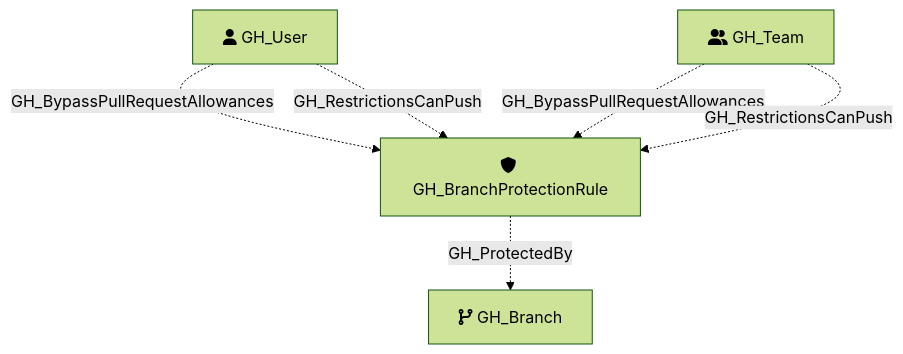
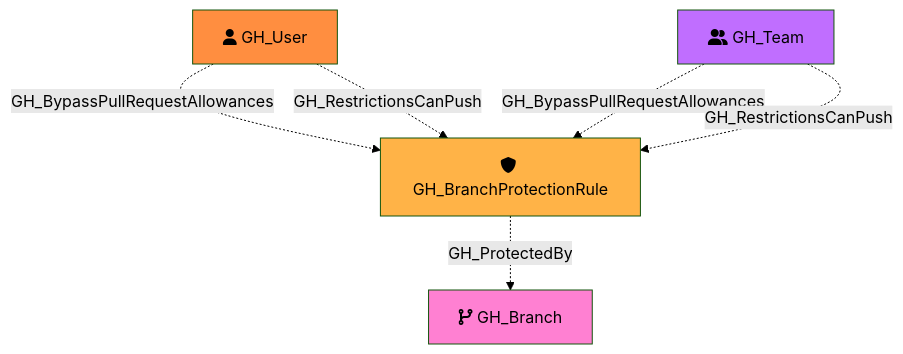
The diagram in docs/opengraph/extensions/githound/reference/nodes/gh_branchprotectionrule.mdx (SpecterOps/bloodhound-docs), drawn with Mermaid (forest theme) before and after one commit. The commit also changed other lines of this file and 52 other files, not shown here.

````diff
--- a/docs/opengraph/extensions/githound/reference/nodes/gh_branchprotectionrule.mdx
+++ b/docs/opengraph/extensions/githound/reference/nodes/gh_branchprotectionrule.mdx
@@ -60,14 +75,18 @@
 ```mermaid
 flowchart TD
     GH_BranchProtectionRule[fa:fa-shield GH_BranchProtectionRule]
     GH_Branch[fa:fa-code-branch GH_Branch]
     GH_User[fa:fa-user GH_User]
     GH_Team[fa:fa-user-group GH_Team]
 
+    style GH_BranchProtectionRule fill:#FFB347
+    style GH_Branch fill:#FF80D2
+    style GH_User fill:#FF8E40
+    style GH_Team fill:#C06EFF
 
     GH_User -.->|GH_BypassPullRequestAllowances| GH_BranchProtectionRule
     GH_Team -.->|GH_BypassPullRequestAllowances| GH_BranchProtectionRule
     GH_User -.->|GH_RestrictionsCanPush| GH_BranchProtectionRule
     GH_Team -.->|GH_RestrictionsCanPush| GH_BranchProtectionRule
     GH_BranchProtectionRule -.->|GH_ProtectedBy| GH_Branch
 ```
````
